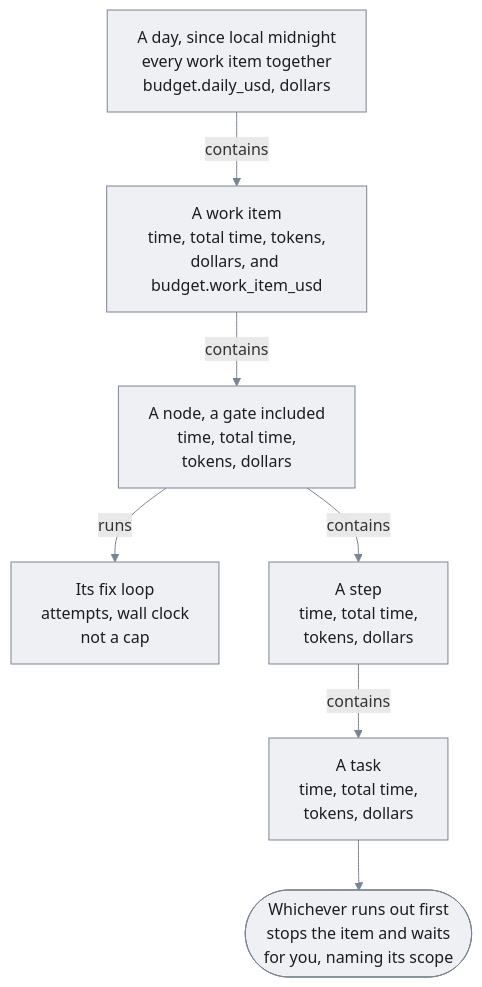
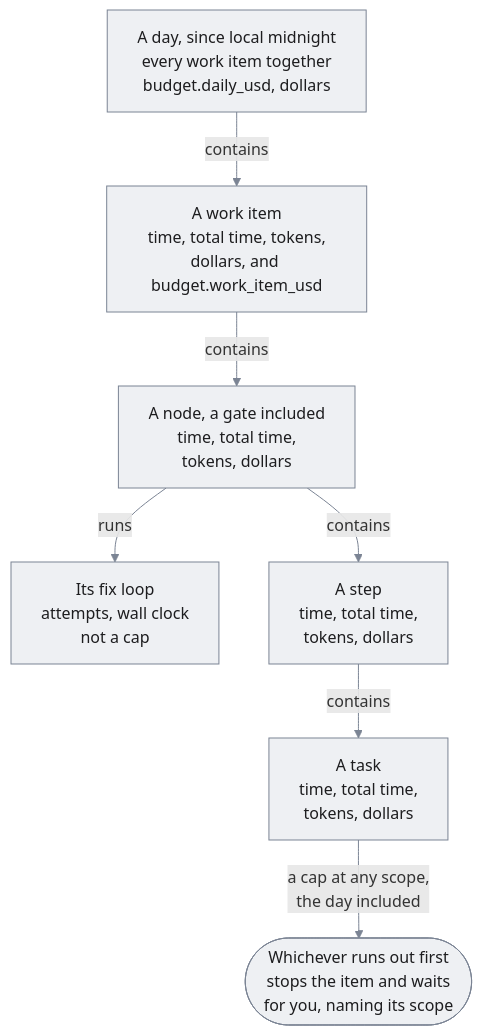
The diagram in docsite/diagrams/portrait/caps-scopes.mmd (itsOmidKarami/kraft), drawn with Mermaid before and after one commit. The commit also changed 4 other files, not shown here.

Commit message:
Docs: the remote-access picture says what the webhook proxy leaves open, and the caps picture says every scope reaches the stop

```diff
--- a/docsite/diagrams/portrait/caps-scopes.mmd
+++ b/docsite/diagrams/portrait/caps-scopes.mmd
@@ -1,19 +1,19 @@
 flowchart TD
   day["A day, since local midnight<br/>every work item together<br/>budget.daily_usd, dollars"]
   item["A work item<br/>time, total time, tokens,<br/>dollars, and budget.work_item_usd"]
   node["A node, a gate included<br/>time, total time,<br/>tokens, dollars"]
   loop["Its fix loop<br/>attempts, wall clock<br/>not a cap"]
   step["A step<br/>time, total time,<br/>tokens, dollars"]
   task["A task<br/>time, total time,<br/>tokens, dollars"]
   stop(["Whichever runs out first<br/>stops the item and waits<br/>for you, naming its scope"])
 
   day -->|"contains"| item
   item -->|"contains"| node
   node -->|"runs"| loop
   node -->|"contains"| step
   step -->|"contains"| task
-  task --> stop
+  task -->|"a cap at any scope,<br/>the day included"| stop
 
   classDef box fill:#eef0f3,stroke:#7b8494,color:#1d1d1f
   class day,item,node,loop,step,task,stop box
   linkStyle default stroke:#7b8494
```
